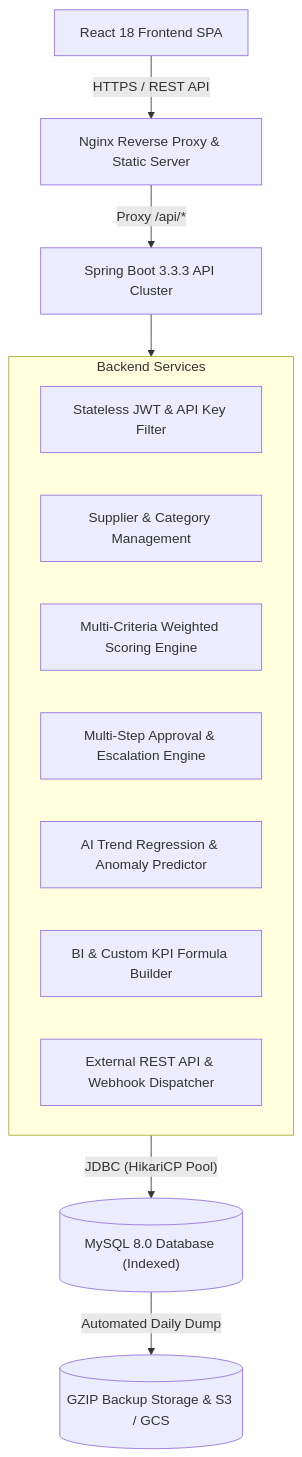
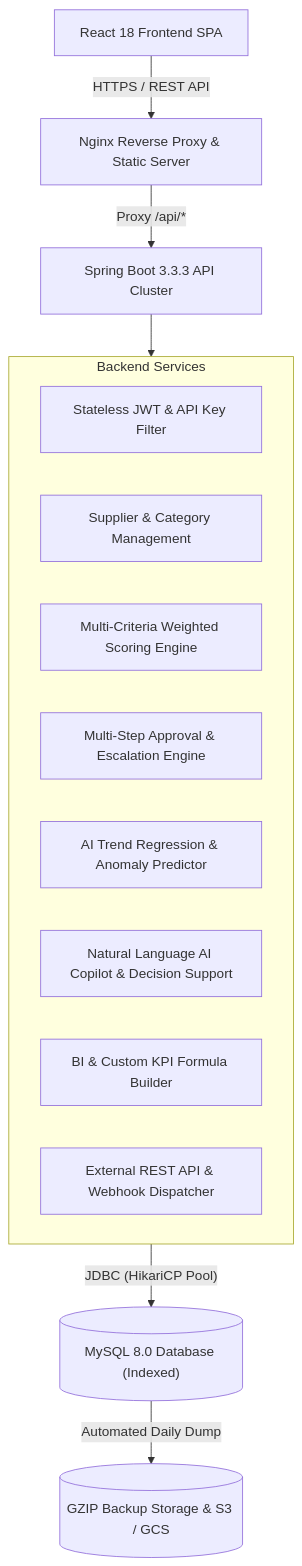
Before and after one commit to priyanselvaraj/Supplier-Performance-Rating-System: the diagram in README.md, drawn with Mermaid. The commit also changed other lines of this file and 30 other files, not shown here.

Commit message:
feat: complete Phase 18 Intelligent Automation, AI Copilot and Advanced Decision Support

````diff
--- a/README.md
+++ b/README.md
@@ -61,19 +61,20 @@
 ```mermaid
 flowchart TD
     Client["React 18 Frontend SPA"] -->|"HTTPS / REST API"| Nginx["Nginx Reverse Proxy & Static Server"]
     Nginx -->|"Proxy /api/*"| SpringBoot["Spring Boot 3.3.3 API Cluster"]
     
     subgraph SpringBootServices["Backend Services"]
         Auth["Stateless JWT & API Key Filter"]
         SupplierMgmt["Supplier & Category Management"]
         ScoringEngine["Multi-Criteria Weighted Scoring Engine"]
         WorkflowEngine["Multi-Step Approval & Escalation Engine"]
         AIEngine["AI Trend Regression & Anomaly Predictor"]
+        AICopilot["Natural Language AI Copilot & Decision Support"]
         BIEngine["BI & Custom KPI Formula Builder"]
         IntegrationEngine["External REST API & Webhook Dispatcher"]
     end
     
     SpringBoot --> SpringBootServices
     SpringBootServices -->|"JDBC (HikariCP Pool)"| MySQL[("MySQL 8.0 Database (Indexed)")]
     MySQL -->|"Automated Daily Dump"| Backups[("GZIP Backup Storage & S3 / GCS")]
 ```
````
